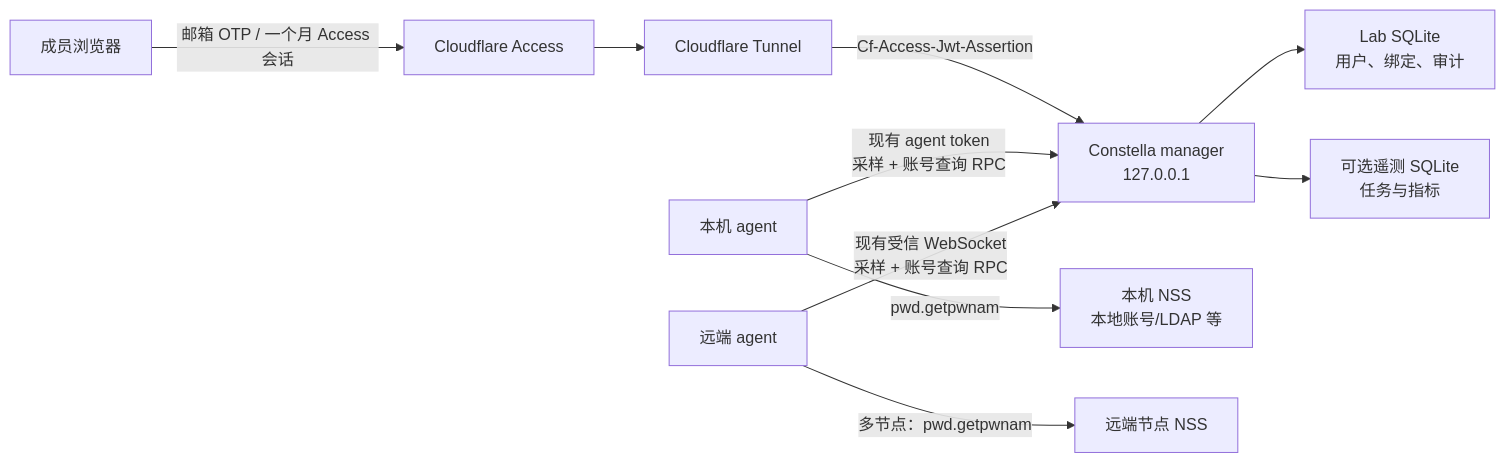
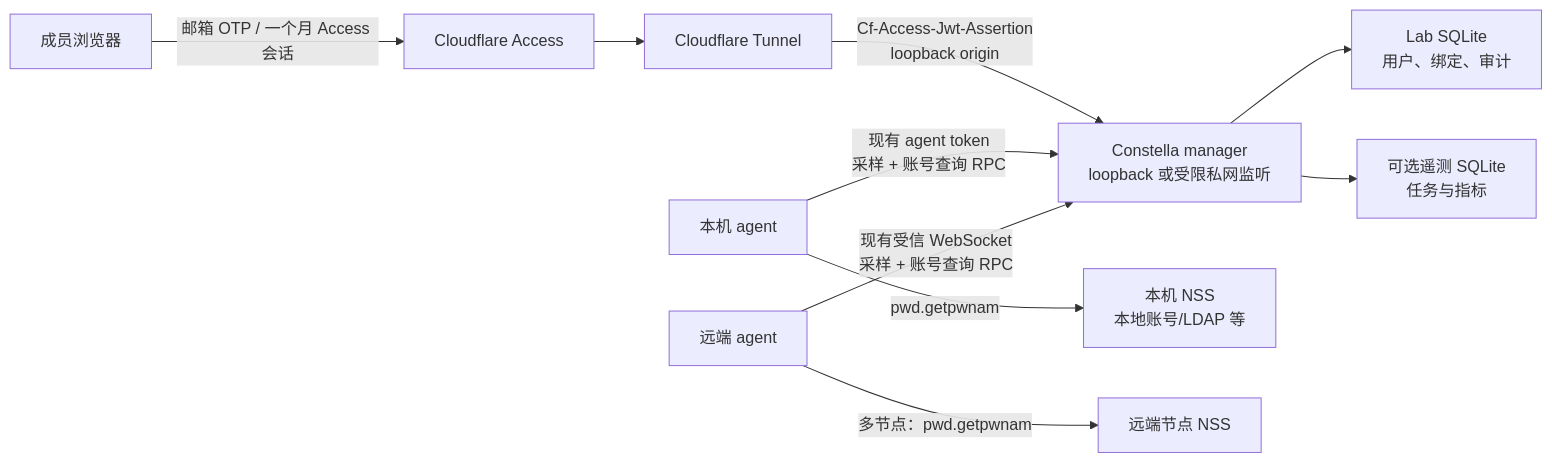
One commit to kuma-loong/Constella changed the diagram in docs/user-system-design-zh.md. Above: the diagram before and after it, drawn with Mermaid. The commit also changed other lines of this file and 9 other files, not shown here.

````diff
--- a/docs/user-system-design-zh.md
+++ b/docs/user-system-design-zh.md
@@ -53,15 +53,15 @@
 ```mermaid
 flowchart LR
   U["成员浏览器"] -->|"邮箱 OTP / 一个月 Access 会话"| CF["Cloudflare Access"]
   CF --> T["Cloudflare Tunnel"]
-  T -->|"Cf-Access-Jwt-Assertion"| M["Constella manager<br/>127.0.0.1"]
+  T -->|"Cf-Access-Jwt-Assertion<br/>loopback origin"| M["Constella manager<br/>loopback 或受限私网监听"]
 
   M --> LDB["Lab SQLite<br/>用户、绑定、审计"]
   M --> TDB["可选遥测 SQLite<br/>任务与指标"]
 
   A["本机 agent"] -->|"现有 agent token<br/>采样 + 账号查询 RPC"| M
   RA["远端 agent"] -->|"现有受信 WebSocket<br/>采样 + 账号查询 RPC"| M
 
   A -->|"pwd.getpwnam"| NSS["本机 NSS<br/>本地账号/LDAP 等"]
   RA -->|"多节点：pwd.getpwnam"| RNSS["远端节点 NSS"]
 ```
````
